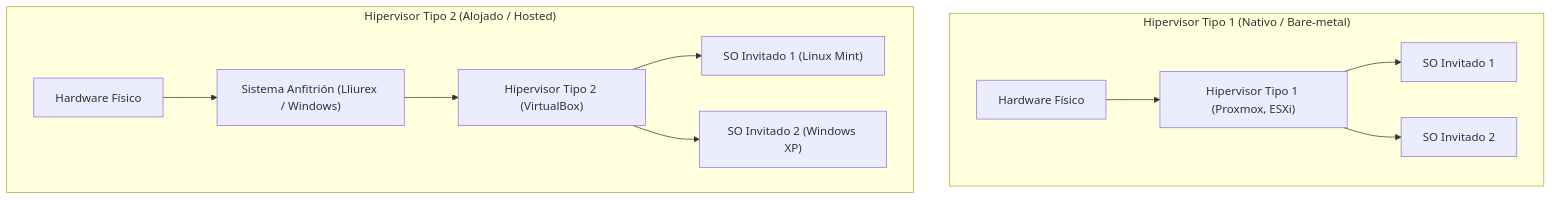
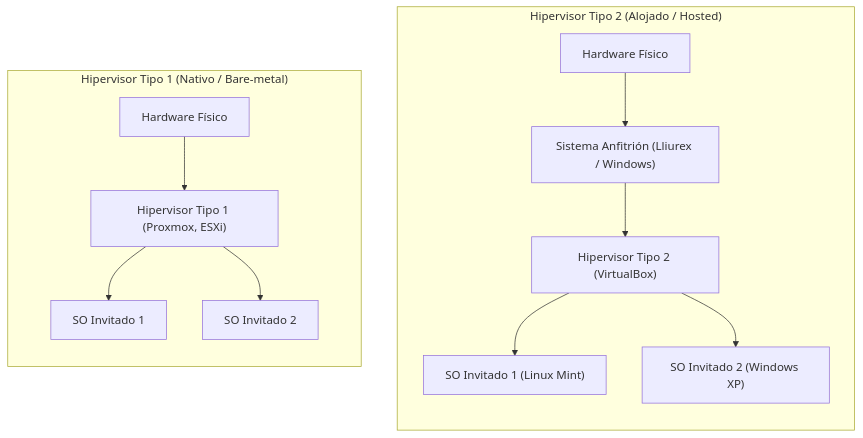
Before and after one commit to Dellos7/informatica-eso-bat: the diagram in asignaturas/psirii/servicios-web/virtualizacion.md, drawn with Mermaid. The commit also changed other lines of this file and 2 other files, not shown here.

Commit message:
cambios 2bat

````diff
--- a/asignaturas/psirii/servicios-web/virtualizacion.md
+++ b/asignaturas/psirii/servicios-web/virtualizacion.md
@@ -64,15 +64,19 @@
 ```mermaid
-graph TD
-    subgraph "Hipervisor Tipo 1 (Nativo / Bare-metal)"
+flowchart LR
+    subgraph S1 ["Hipervisor Tipo 1 (Nativo / Bare-metal)"]
+        direction TB
         H1["Hardware Físico"] --> HYP1["Hipervisor Tipo 1 (Proxmox, ESXi)"]
         HYP1 --> VM1A["SO Invitado 1"]
         HYP1 --> VM1B["SO Invitado 2"]
     end
 
-    subgraph "Hipervisor Tipo 2 (Alojado / Hosted)"
+    subgraph S2 ["Hipervisor Tipo 2 (Alojado / Hosted)"]
+        direction TB
         H2["Hardware Físico"] --> OS2["Sistema Anfitrión (Lliurex / Windows)"]
         OS2 --> HYP2["Hipervisor Tipo 2 (VirtualBox)"]
         HYP2 --> VM2A["SO Invitado 1 (Linux Mint)"]
         HYP2 --> VM2B["SO Invitado 2 (Windows XP)"]
     end
+
+    S1 ~~~ S2
 ```
````
